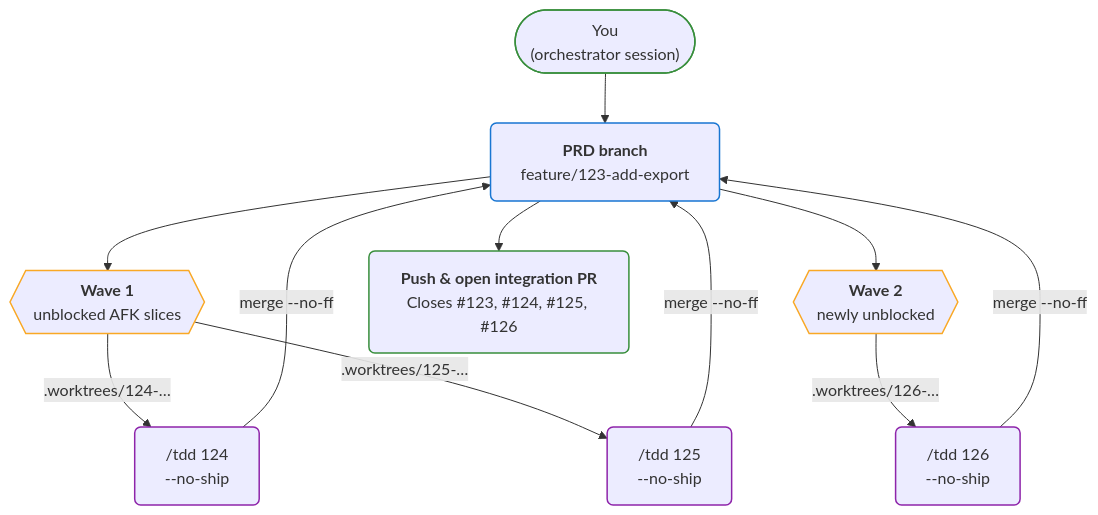
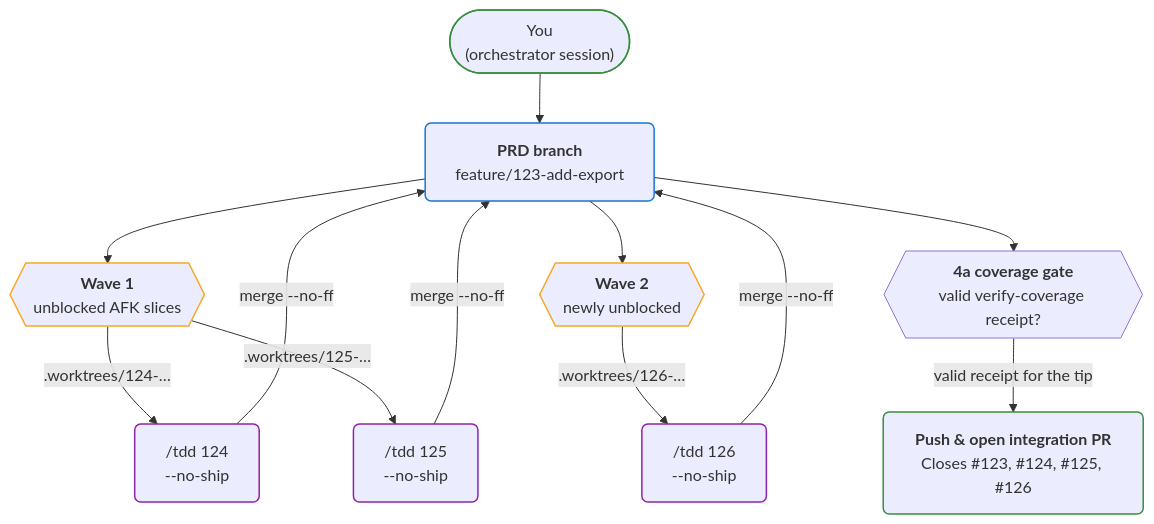
One commit to ZunoSmartLabs/zsl-superpowers changed the first of 2 diagrams in docs/tdd-parallel.md. Above: the diagram before and after it, drawn with Mermaid. The commit also changed other lines of this file and 12 other files, not shown here.

````diff
--- a/docs/tdd-parallel.md
+++ b/docs/tdd-parallel.md
@@ -21,30 +21,32 @@
 ```mermaid
 flowchart TB
     user(["`You
     (orchestrator session)`"]) --> prd
     prd["`**PRD branch**
     feature/123-add-export`"] --> w1
     w1{{"`**Wave 1**
     unblocked AFK slices`"}} -->|".worktrees/124-…"| s1["`/tdd 124
     --no-ship`"]
     w1 -->|".worktrees/125-…"| s2["`/tdd 125
     --no-ship`"]
     s1 -->|"merge --no-ff"| prd
     s2 -->|"merge --no-ff"| prd
     prd --> w2{{"`**Wave 2**
     newly unblocked`"}}
     w2 -->|".worktrees/126-…"| s3["`/tdd 126
     --no-ship`"]
     s3 -->|"merge --no-ff"| prd
-    prd --> done["`**Push & open integration PR**
+    prd --> gate{{"`**4a coverage gate**
+    valid verify-coverage receipt?`"}}
+    gate -->|"valid receipt for the tip"| done["`**Push & open integration PR**
     Closes #123, #124, #125, #126`"]
 
     classDef branch stroke:#1976d2,stroke-width:1.5px,rx:6,ry:6;
     classDef wave stroke:#f9a825,stroke-width:1.5px;
     classDef agent stroke:#8e24aa,stroke-width:1.5px,rx:6,ry:6;
     classDef terminal stroke:#388e3c,stroke-width:1.5px,rx:6,ry:6;
     class prd branch;
     class w1,w2 wave;
     class s1,s2,s3 agent;
     class done,user terminal;
 ```
````
